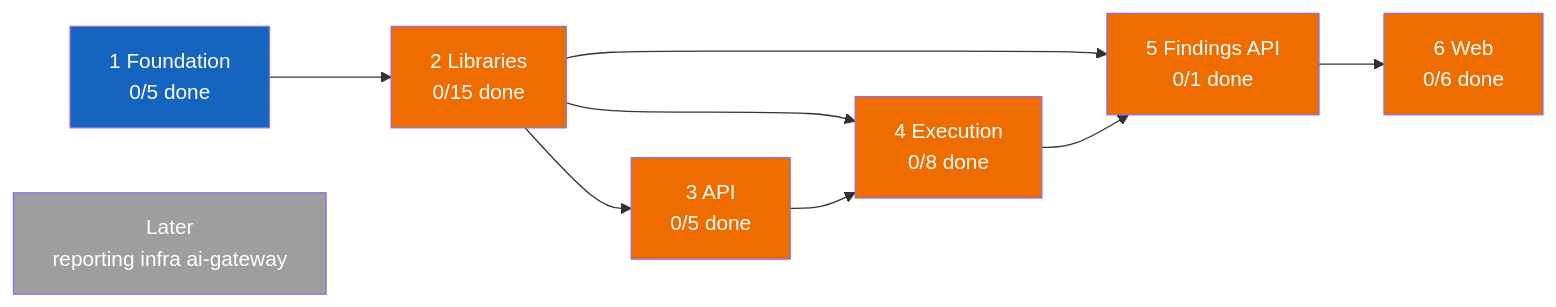
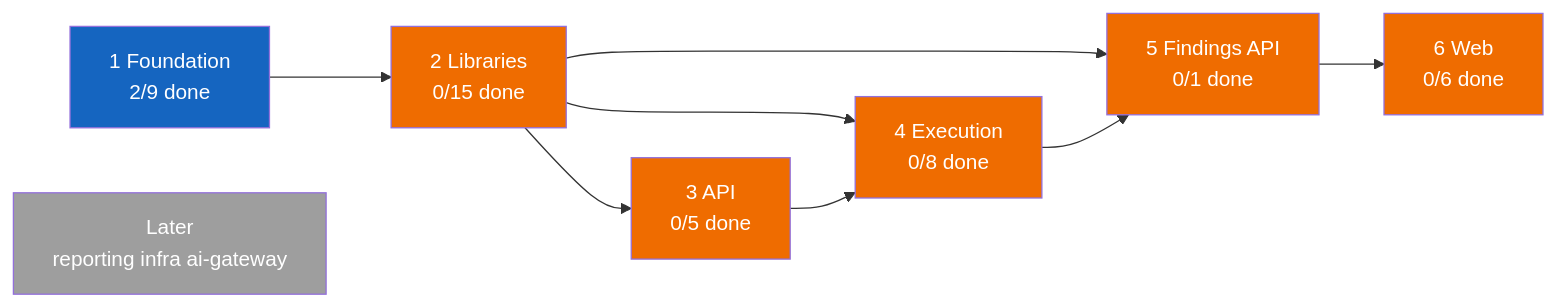
Before and after one commit to vulcanflow/docs: the first of 2 diagrams in PROGRESS.md, drawn with Mermaid. The commit also changed other lines of this file and 1 other file, not shown here.

````diff
--- a/PROGRESS.md
+++ b/PROGRESS.md
@@ -24,31 +24,31 @@
 ```mermaid
 flowchart LR
-  P1["1 Foundation<br/>0/5 done"]
+  P1["1 Foundation<br/>2/9 done"]
   P2["2 Libraries<br/>0/15 done"]
   P3["3 API<br/>0/5 done"]
   P4["4 Execution<br/>0/8 done"]
   P5["5 Findings API<br/>0/1 done"]
   P6["6 Web<br/>0/6 done"]
   L["Later<br/>reporting infra ai-gateway"]
 
   P1 --> P2
   P2 --> P3
   P2 --> P4
   P3 --> P4
   P2 --> P5
   P4 --> P5
   P5 --> P6
 
   classDef done fill:#2e7d32,color:#fff
   classDef active fill:#1565c0,color:#fff
   classDef held fill:#9e9e9e,color:#fff
   classDef blocked fill:#ef6c00,color:#fff
 
   class P1 active
   class P2 blocked
   class P3 blocked
   class P4 blocked
   class P5 blocked
   class P6 blocked
   class L held
 ```
````
